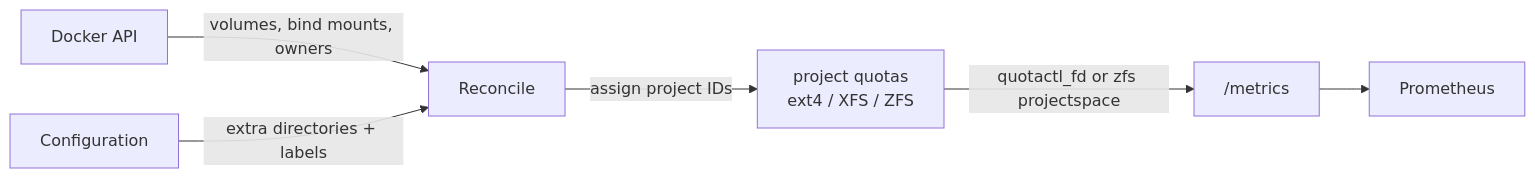
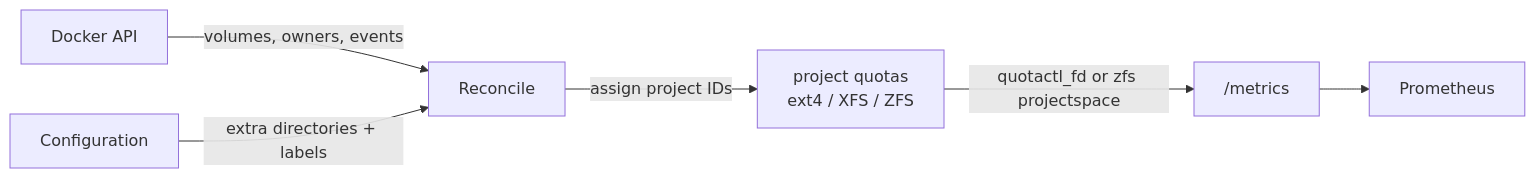
Before and after one commit to motwok/DirAdvisor: the diagram in README.md, drawn with Mermaid. The commit also changed other lines of this file and 1 other file, not shown here.

Commit message:
docs: drop bind mount discovery

````diff
--- a/README.md
+++ b/README.md
@@ -25,8 +25,8 @@
 ```mermaid
 flowchart LR
-  D[Docker API] -->|volumes, bind mounts, owners| R[Reconcile]
+  D[Docker API] -->|volumes, owners, events| R[Reconcile]
   C[Configuration] -->|extra directories + labels| R
   R -->|assign project IDs| F[project quotas<br/>ext4 / XFS / ZFS]
   F -->|quotactl_fd or zfs projectspace| M["/metrics"]
   M --> P[Prometheus]
 ```
````
